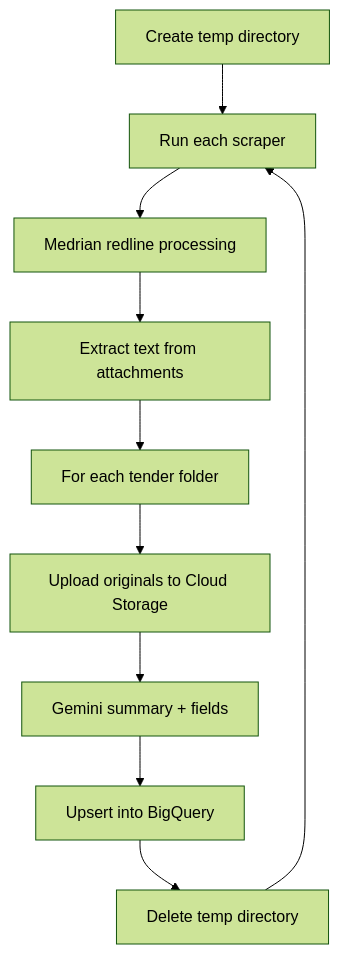
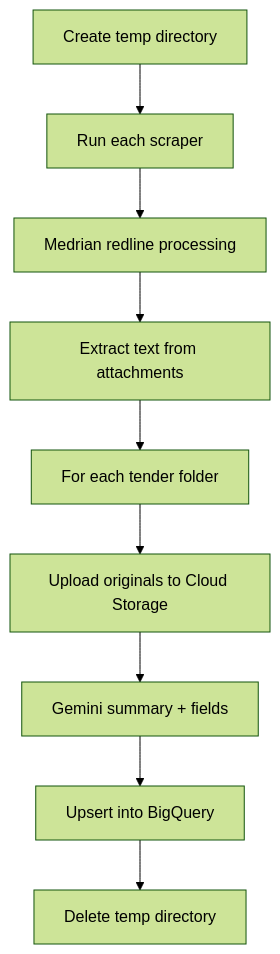
The second of 4 diagrams in documentation/documentation.md (UtkristaUwa/CITS3200_57), drawn with Mermaid (forest theme) before and after one commit. The commit also changed other lines of this file, not shown here.

````diff
--- a/documentation/documentation.md
+++ b/documentation/documentation.md
@@ -168,14 +168,11 @@
 ```mermaid
 flowchart TD
     tmp["Create temp directory"] --> scrape["Run each scraper"]
     scrape --> medrian["Medrian redline processing"]
     medrian --> extract["Extract text from attachments"]
     extract --> each["For each tender folder"]
     each --> upload["Upload originals to Cloud Storage"]
     upload --> gemini["Gemini summary + fields"]
     gemini --> upsert["Upsert into BigQuery"]
     upsert --> done["Delete temp directory"]
-    done --> scrape["Run each scraper"]
-
-
 ```
````
